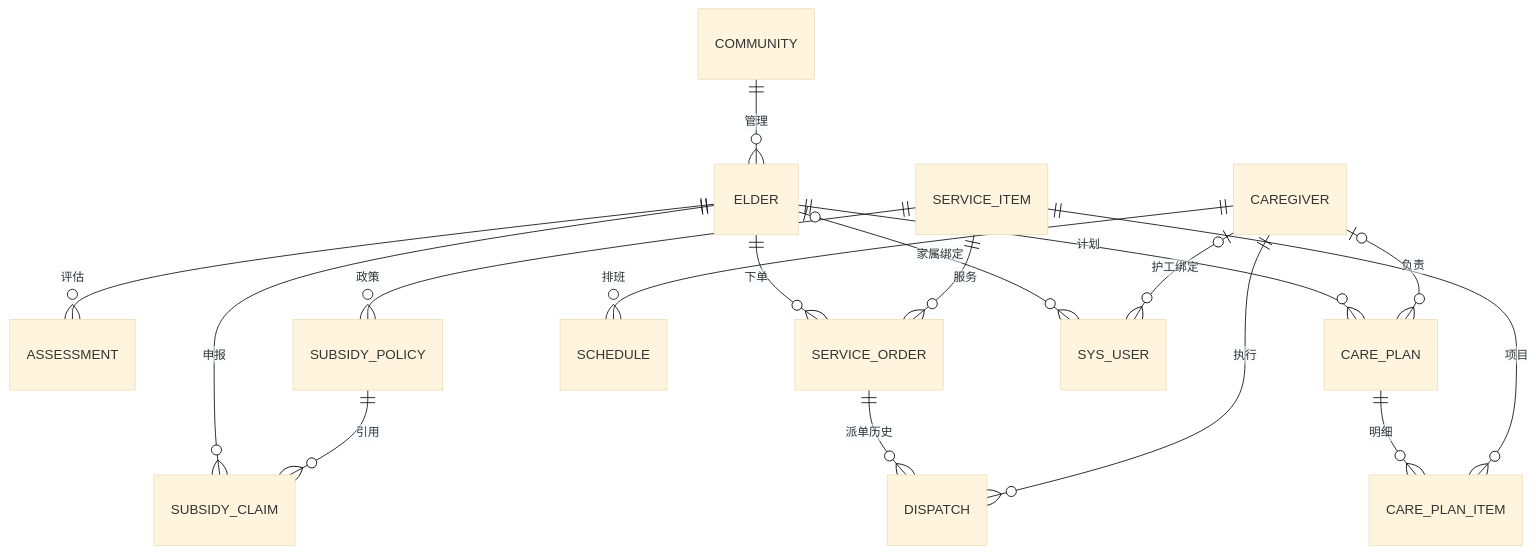
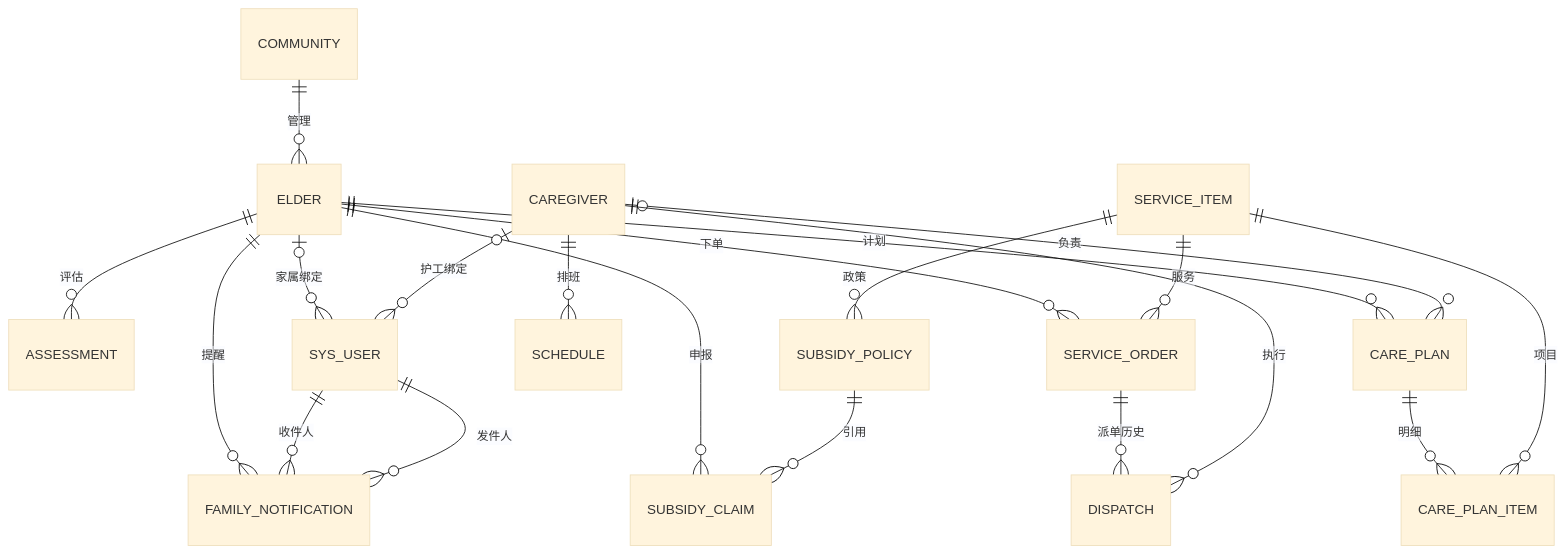
The second of 2 diagrams in 文档/业务线1-设计与验收.md (kunfeng327/database), drawn with Mermaid (base theme) before and after one commit. The commit also changed other lines of this file and 16 other files, not shown here.

Commit message:
完善档案弹窗、分布图表和家属提醒信箱并隐藏身份证

````diff
--- a/文档/业务线1-设计与验收.md
+++ b/文档/业务线1-设计与验收.md
@@ -107,19 +129,22 @@
 ```mermaid
 erDiagram
     COMMUNITY ||--o{ ELDER : 管理
     ELDER ||--o{ ASSESSMENT : 评估
     ELDER ||--o{ CARE_PLAN : 计划
     CAREGIVER o|--o{ CARE_PLAN : 负责
     CARE_PLAN ||--o{ CARE_PLAN_ITEM : 明细
     SERVICE_ITEM ||--o{ CARE_PLAN_ITEM : 项目
     ELDER ||--o{ SERVICE_ORDER : 下单
     SERVICE_ITEM ||--o{ SERVICE_ORDER : 服务
     SERVICE_ORDER ||--o{ DISPATCH : 派单历史
     CAREGIVER ||--o{ DISPATCH : 执行
     CAREGIVER ||--o{ SCHEDULE : 排班
     SERVICE_ITEM ||--o{ SUBSIDY_POLICY : 政策
     ELDER ||--o{ SUBSIDY_CLAIM : 申报
     SUBSIDY_POLICY ||--o{ SUBSIDY_CLAIM : 引用
     ELDER o|--o{ SYS_USER : 家属绑定
     CAREGIVER o|--o{ SYS_USER : 护工绑定
+    ELDER ||--o{ FAMILY_NOTIFICATION : 提醒
+    SYS_USER ||--o{ FAMILY_NOTIFICATION : 收件人
+    SYS_USER ||--o{ FAMILY_NOTIFICATION : 发件人
 ```
````
